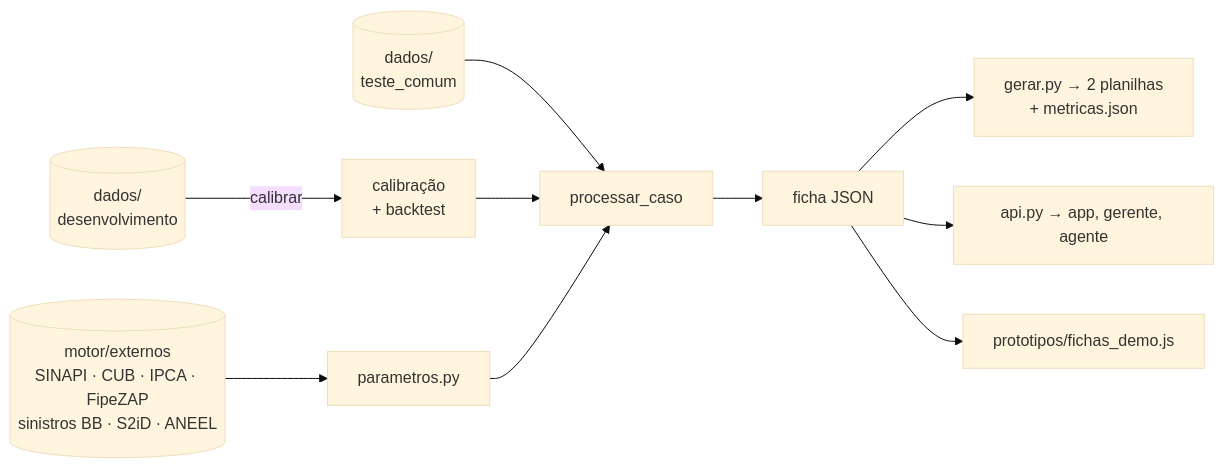
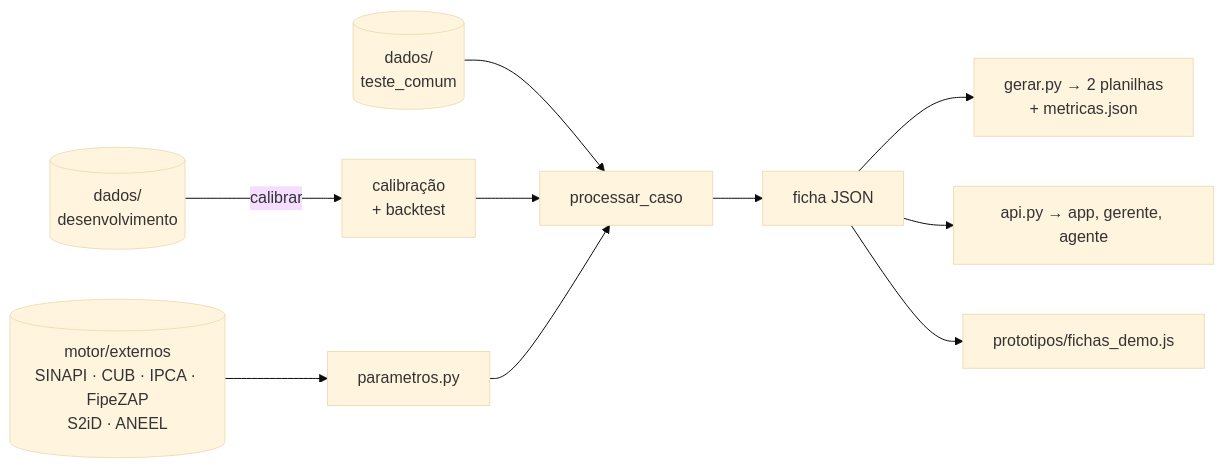
Before and after one commit to lebedeff-dev/datathon-protecao-inteligente: the diagram in obsidian/BB Datathon/15 - Código/Mapa do código.md, drawn with Mermaid (base theme). The commit also changed other lines of this file and 17 other files, not shown here.

Commit message:
docs: sinistros da BB retirados das notas e do README; teste do motor sem internet e sem arquivos externos na nota de fontes; etapa 27

````diff
--- a/obsidian/BB Datathon/15 - Código/Mapa do código.md
+++ b/obsidian/BB Datathon/15 - Código/Mapa do código.md
@@ -13,12 +13,12 @@
 ```mermaid
 flowchart LR
   D[(dados/<br>desenvolvimento)] -->|calibrar| C[calibração<br>+ backtest]
   T[(dados/<br>teste_comum)] --> P[processar_caso]
   C --> P
-  X[(motor/externos<br>SINAPI · CUB · IPCA · FipeZAP<br>sinistros BB · S2iD · ANEEL)] --> PA[parametros.py]
+  X[(motor/externos<br>SINAPI · CUB · IPCA · FipeZAP<br>S2iD · ANEEL)] --> PA[parametros.py]
   PA --> P
   P --> F[ficha JSON]
   F --> G[gerar.py → 2 planilhas<br>+ metricas.json]
   F --> A[api.py → app, gerente, agente]
   F --> DEMO[prototipos/fichas_demo.js]
 ```
````
